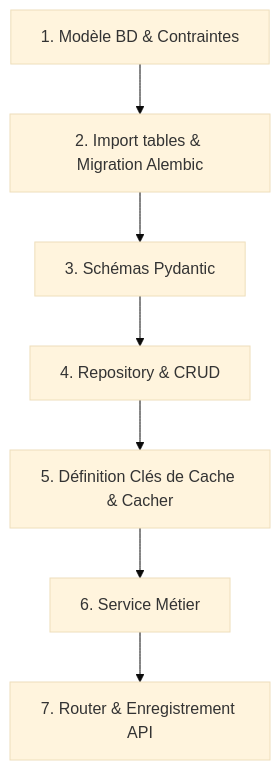
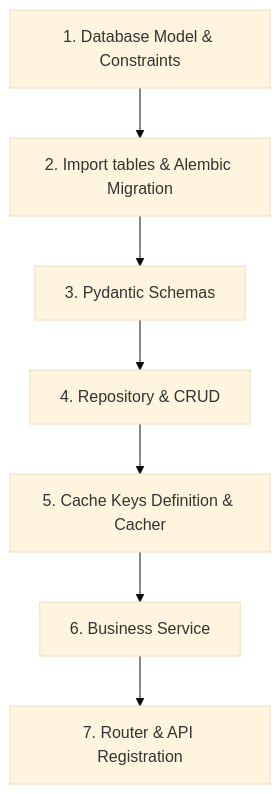
The diagram in README.md (SevTify404/fast-api-project-template), drawn with Mermaid (base theme) before and after one commit. The commit also changed other lines of this file and 16 other files, not shown here.

````diff
--- a/README.md
+++ b/README.md
@@ -25,9 +30,9 @@
 ```mermaid
 graph TD
-    A[1. Modèle BD & Contraintes] --> B[2. Import tables & Migration Alembic]
-    B --> C[3. Schémas Pydantic]
+    A[1. Database Model & Constraints] --> B[2. Import tables & Alembic Migration]
+    B --> C[3. Pydantic Schemas]
     C --> D[4. Repository & CRUD]
-    D --> E[5. Définition Clés de Cache & Cacher]
-    E --> F[6. Service Métier]
-    F --> G[7. Router & Enregistrement API]
+    D --> E[5. Cache Keys Definition & Cacher]
+    E --> F[6. Business Service]
+    F --> G[7. Router & API Registration]
 ```
````
